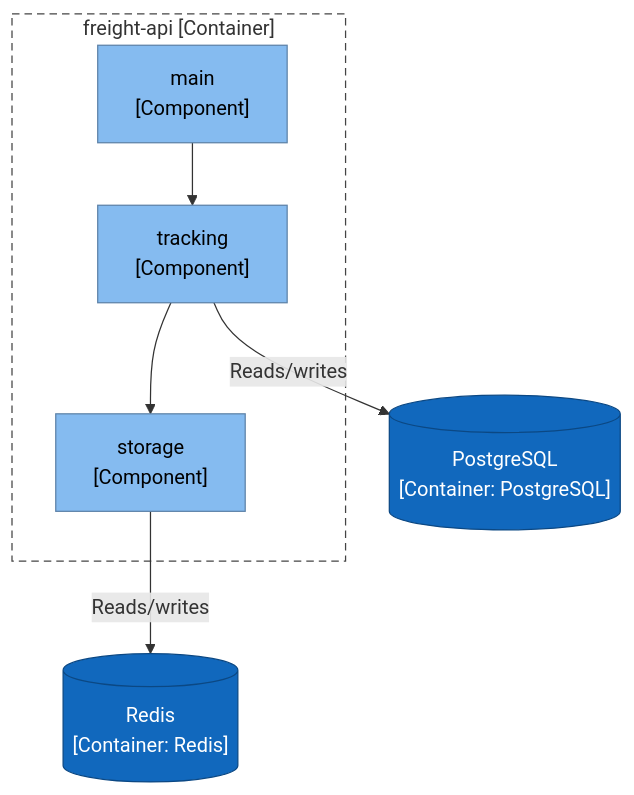
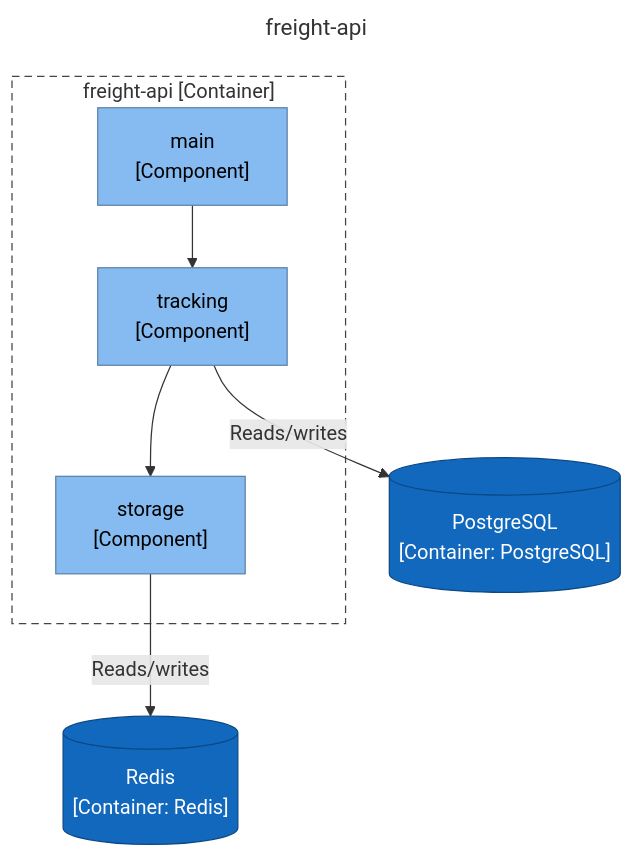
One commit to ythalorossy/architecture-skills changed the second of 5 diagrams in tests/golden/freight/output/ArchitectureReport.md. Above: the diagram before and after it, drawn with Mermaid. The commit also changed other lines of this file and 4 other files, not shown here.

````diff
--- a/tests/golden/freight/output/ArchitectureReport.md
+++ b/tests/golden/freight/output/ArchitectureReport.md
@@ -66,23 +87,26 @@
 ```mermaid
+---
+title: "freight-api"
+---
 flowchart TB
     subgraph boundary["freight-api [Container]"]
         freight_main["main<br/>[Component]"]
         freight_storage["storage<br/>[Component]"]
         freight_tracking["tracking<br/>[Component]"]
     end
     freight_main --> freight_tracking
     freight_tracking --> freight_storage
     db_postgresql[("PostgreSQL<br/>[Container: PostgreSQL]")]
     freight_tracking -->|"Reads/writes"| db_postgresql
     db_redis[("Redis<br/>[Container: Redis]")]
     freight_storage -->|"Reads/writes"| db_redis
     classDef person fill:#08427b,stroke:#052e56,color:#ffffff
     classDef container fill:#1168bd,stroke:#0b4884,color:#ffffff
     classDef system fill:#1168bd,stroke:#0b4884,color:#ffffff
     classDef component fill:#85bbf0,stroke:#5d82a8,color:#000000
     classDef external fill:#999999,stroke:#6b6b6b,color:#ffffff
     classDef shared fill:#dbe9f6,stroke:#5d82a8,color:#000000,stroke-dasharray:4 3
     class freight_main,freight_storage,freight_tracking component
     class db_postgresql,db_redis container
     style boundary fill:none,stroke:#444444,stroke-dasharray:6 4
 ```
````
